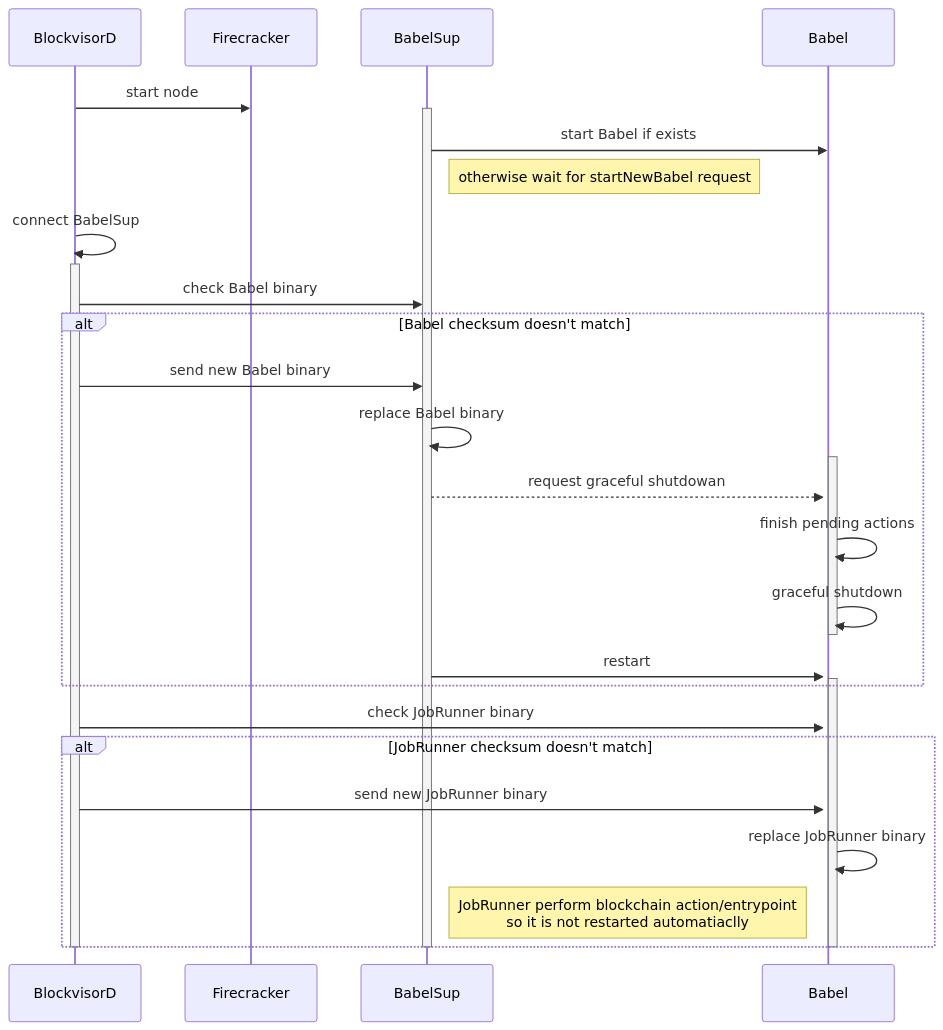
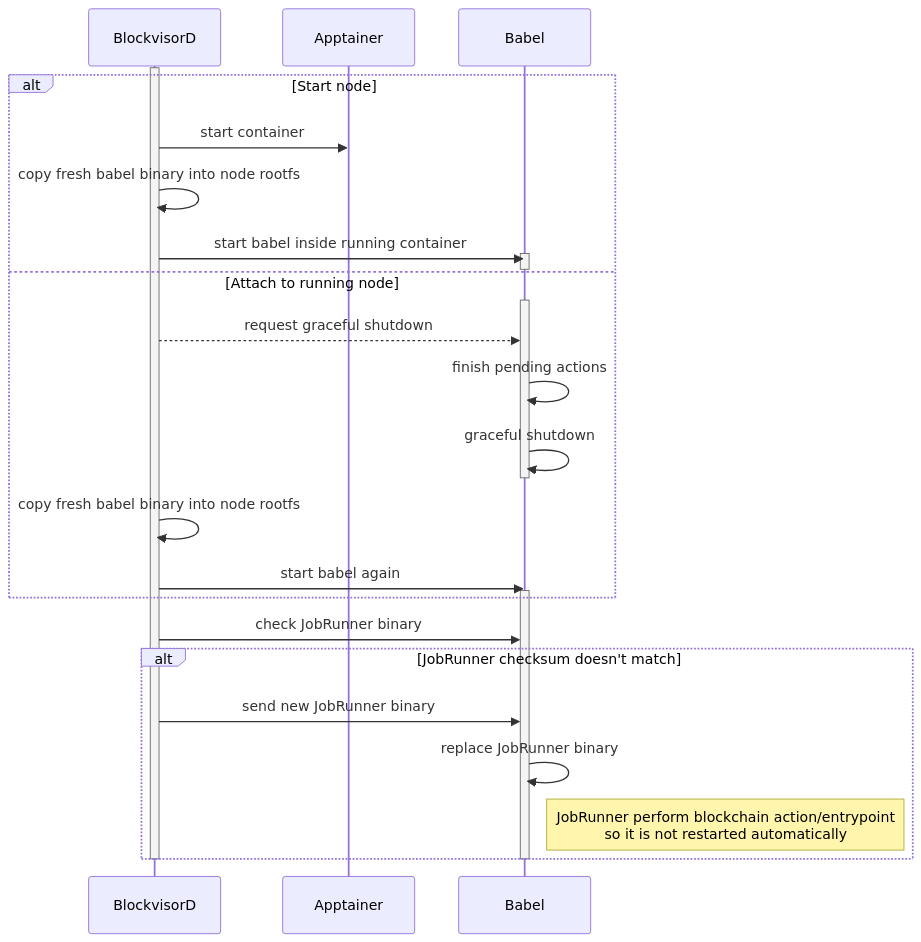
Before and after one commit to blockjoy/blockvisor: the sixth of 6 diagrams in README.md, drawn with Mermaid. The commit also changed other lines of this file and 8 other files, not shown here.

````diff
--- a/README.md
+++ b/README.md
@@ -225,38 +218,34 @@
 ```mermaid
 sequenceDiagram
     participant bv as BlockvisorD
-    participant fc as Firecracker
-    participant babelsup as BabelSup
+    participant apptainer as Apptainer
     participant babel as Babel
     
-    bv ->> fc: start node
-    activate babelsup
-    babelsup ->> babel: start Babel if exists
-    activate babel
-    Note right of babelsup: otherwise wait for startNewBabel request
-    bv ->> bv: connect BabelSup  
     activate bv
-    bv ->> babelsup: check Babel binary
-    alt Babel checksum doesn't match
-        bv ->> babelsup: send new Babel binary
-        babelsup ->> babelsup: replace Babel binary
+    alt Start node
+        bv ->> apptainer: start container
+        bv ->> bv: copy fresh babel binary into node rootfs
+        bv ->> babel: start babel inside running container
         activate babel
-        babelsup -->> babel: request graceful shutdowan
+    deactivate babel
+    else Attach to running node
+        activate babel
+        bv -->> babel: request graceful shutdown
         babel ->> babel: finish pending actions
         babel ->> babel: graceful shutdown
         deactivate babel
-        babelsup ->> babel: restart
+        bv ->> bv: copy fresh babel binary into node rootfs
+        bv ->> babel: start babel again
         activate babel
     end
 
     bv ->> babel: check JobRunner binary
     alt JobRunner checksum doesn't match
         bv ->> babel: send new JobRunner binary
         babel ->> babel: replace JobRunner binary
-        Note right of babelsup: JobRunner perform blockchain action/entrypoint<br> so it is not restarted automatiaclly
+        Note right of babel: JobRunner perform blockchain action/entrypoint<br> so it is not restarted automatically
     end
-    
+
     deactivate babel
-    deactivate babelsup
     deactivate bv
 ```
````
